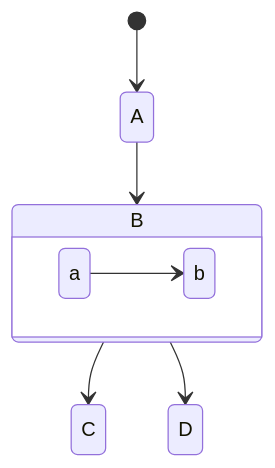
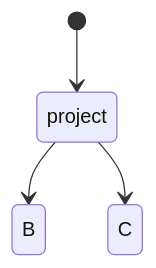
Before and after one commit to ehsanSepahi/ehsanSepahi: the diagram in README.md, drawn with Mermaid.

````diff
--- a/README.md
+++ b/README.md
@@ -21,11 +21,7 @@
 ```mermaid
 stateDiagram
-    [*] --> A
-    A --> B
-    B --> C
-    state B {
-      direction LR
-      a --> b
-    }
-    B --> D
+    [*] --> project
+    project --> B
+    project --> C
+    
 ```
````
